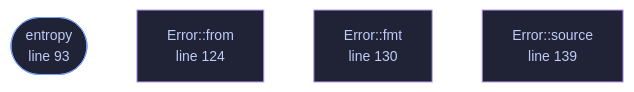
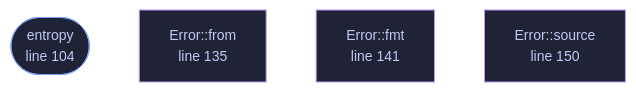
One commit to tilas01/veilvoice changed the diagram in docs/files/veilvoice-sentry/lib.md. Above: the diagram before and after it, drawn with Mermaid. The commit also changed other lines of this file and 182 other files, not shown here.

````diff
--- a/docs/files/veilvoice-sentry/lib.md
+++ b/docs/files/veilvoice-sentry/lib.md
@@ -115,16 +127,16 @@
 ```mermaid
 %%{init: {"theme":"base","themeVariables":{"background":"#1a1b26","primaryColor":"#1f2335","primaryTextColor":"#c0caf5","primaryBorderColor":"#7aa2f7","secondaryColor":"#16161e","tertiaryColor":"#16161e","lineColor":"#737aa2","textColor":"#c0caf5","mainBkg":"#1f2335","nodeBorder":"#7aa2f7","clusterBkg":"#16161e","clusterBorder":"#2f3549","fontFamily":"ui-monospace, SFMono-Regular, Consolas, monospace","fontSize":"14px"}}}%%
 flowchart TD
-    n_entropy(["entropy<br/>line 93"])
-    n_from["Error::from<br/>line 124"]
-    n_fmt["Error::fmt<br/>line 130"]
-    n_source["Error::source<br/>line 139"]
-    click n_entropy href "https://github.com/tilas01/veilvoice/blob/main/crates/veilvoice-sentry/src/lib.rs#L93" "open the source"
-    click n_from href "https://github.com/tilas01/veilvoice/blob/main/crates/veilvoice-sentry/src/lib.rs#L124" "open the source"
-    click n_fmt href "https://github.com/tilas01/veilvoice/blob/main/crates/veilvoice-sentry/src/lib.rs#L130" "open the source"
-    click n_source href "https://github.com/tilas01/veilvoice/blob/main/crates/veilvoice-sentry/src/lib.rs#L139" "open the source"
+    n_entropy(["entropy<br/>line 104"])
+    n_from["Error::from<br/>line 135"]
+    n_fmt["Error::fmt<br/>line 141"]
+    n_source["Error::source<br/>line 150"]
+    click n_entropy href "https://github.com/tilas01/veilvoice/blob/main/crates/veilvoice-sentry/src/lib.rs#L104" "open the source"
+    click n_from href "https://github.com/tilas01/veilvoice/blob/main/crates/veilvoice-sentry/src/lib.rs#L135" "open the source"
+    click n_fmt href "https://github.com/tilas01/veilvoice/blob/main/crates/veilvoice-sentry/src/lib.rs#L141" "open the source"
+    click n_source href "https://github.com/tilas01/veilvoice/blob/main/crates/veilvoice-sentry/src/lib.rs#L150" "open the source"
     classDef entry fill:#1f2335,stroke:#7aa2f7,color:#c0caf5
     class n_entropy entry
     classDef helper fill:#1f2335,stroke:#bb9af7,color:#c0caf5
     class n_from,n_fmt,n_source helper
 ```
````
